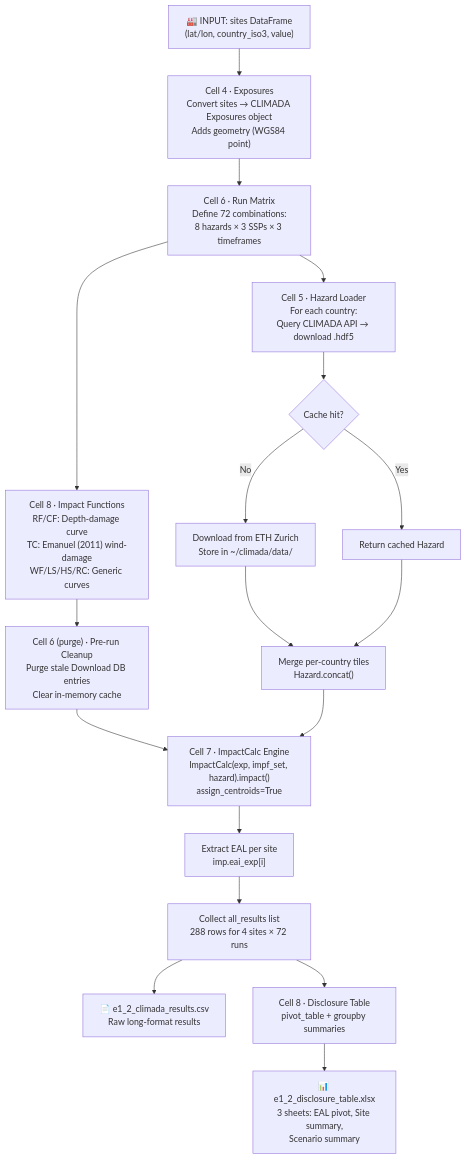
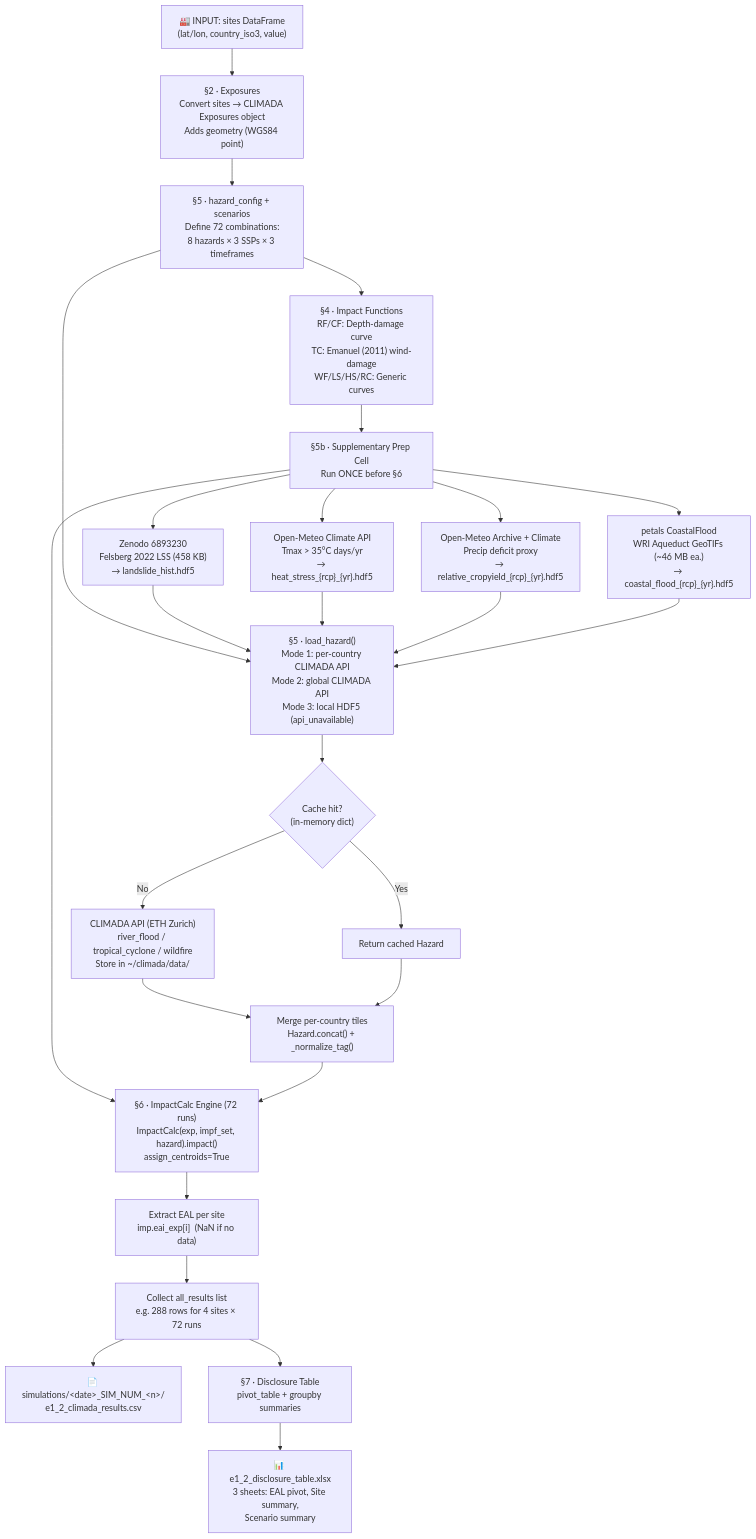
Before and after one commit to jvilltolentino/climada_notebook_geolocation: the diagram in README.md, drawn with Mermaid. The commit also changed other lines of this file and 1 other file, not shown here.

Commit message:
add climada-petals hazards

````diff
--- a/README.md
+++ b/README.md
@@ -219,37 +254,43 @@
 ```mermaid
 flowchart TD
     A["🏭 INPUT: sites DataFrame\n(lat/lon, country_iso3, value)"]
-    B["Cell 4 · Exposures\nConvert sites → CLIMADA Exposures object\nAdds geometry (WGS84 point)"]
-    C["Cell 6 · Run Matrix\nDefine 72 combinations:\n8 hazards × 3 SSPs × 3 timeframes"]
-    D["Cell 8 · Impact Functions\nRF/CF: Depth-damage curve\nTC: Emanuel (2011) wind-damage\nWF/LS/HS/RC: Generic curves"]
-    E["Cell 5 · Hazard Loader\nFor each country:\nQuery CLIMADA API → download .hdf5"]
-    F{"Cache hit?"}
+    B["§2 · Exposures\nConvert sites → CLIMADA Exposures object\nAdds geometry (WGS84 point)"]
+    C["§5 · hazard_config + scenarios\nDefine 72 combinations:\n8 hazards × 3 SSPs × 3 timeframes"]
+    D["§4 · Impact Functions\nRF/CF: Depth-damage curve\nTC: Emanuel (2011) wind-damage\nWF/LS/HS/RC: Generic curves"]
+    PREP["§5b · Supplementary Prep Cell\nRun ONCE before §6"]
+    LS["Zenodo 6893230\nFelsberg 2022 LSS (458 KB)\n→ landslide_hist.hdf5"]
+    HS["Open-Meteo Climate API\nTmax > 35°C days/yr\n→ heat_stress_{rcp}_{yr}.hdf5"]
+    RC["Open-Meteo Archive + Climate\nPrecip deficit proxy\n→ relative_cropyield_{rcp}_{yr}.hdf5"]
+    CF["petals CoastalFlood\nWRI Aqueduct GeoTIFs (~46 MB ea.)\n→ coastal_flood_{rcp}_{yr}.hdf5"]
+    E["§5 · load_hazard()\nMode 1: per-country CLIMADA API\nMode 2: global CLIMADA API\nMode 3: local HDF5 (api_unavailable)"]
+    F{"Cache hit?\n(in-memory dict)"}
     G["Return cached Hazard"]
-    H["Download from ETH Zurich\nStore in ~/climada/data/"]
-    I["Merge per-country tiles\nHazard.concat()"]
-    J["Cell 6 (purge) · Pre-run Cleanup\nPurge stale Download DB entries\nClear in-memory cache"]
-    K["Cell 7 · ImpactCalc Engine\nImpactCalc(exp, impf_set, hazard).impact()\nassign_centroids=True"]
-    L["Extract EAL per site\nimp.eai_exp[i]"]
-    M["Collect all_results list\n288 rows for 4 sites × 72 runs"]
-    N["📄 e1_2_climada_results.csv\nRaw long-format results"]
-    O["Cell 8 · Disclosure Table\npivot_table + groupby summaries"]
+    H["CLIMADA API (ETH Zurich)\nriver_flood / tropical_cyclone / wildfire\nStore in ~/climada/data/"]
+    I["Merge per-country tiles\nHazard.concat() + _normalize_tag()"]
+    K["§6 · ImpactCalc Engine (72 runs)\nImpactCalc(exp, impf_set, hazard).impact()\nassign_centroids=True"]
+    L["Extract EAL per site\nimp.eai_exp[i]  (NaN if no data)"]
+    M["Collect all_results list\ne.g. 288 rows for 4 sites × 72 runs"]
+    N["📄 simulations/&lt;date&gt;_SIM_NUM_&lt;n&gt;/\ne1_2_climada_results.csv"]
+    O["§7 · Disclosure Table\npivot_table + groupby summaries"]
     P["📊 e1_2_disclosure_table.xlsx\n3 sheets: EAL pivot, Site summary,\nScenario summary"]
 
     A --> B
     B --> C
     C --> D
-    D --> J
-    J --> K
+    D --> PREP
+    PREP --> LS & HS & RC & CF
+    PREP --> K
     C --> E
     E --> F
     F -- Yes --> G
     F -- No --> H
     H --> I
     G --> I
     I --> K
+    LS & HS & RC & CF --> E
     K --> L
     L --> M
     M --> N
     M --> O
     O --> P
 ```
````
